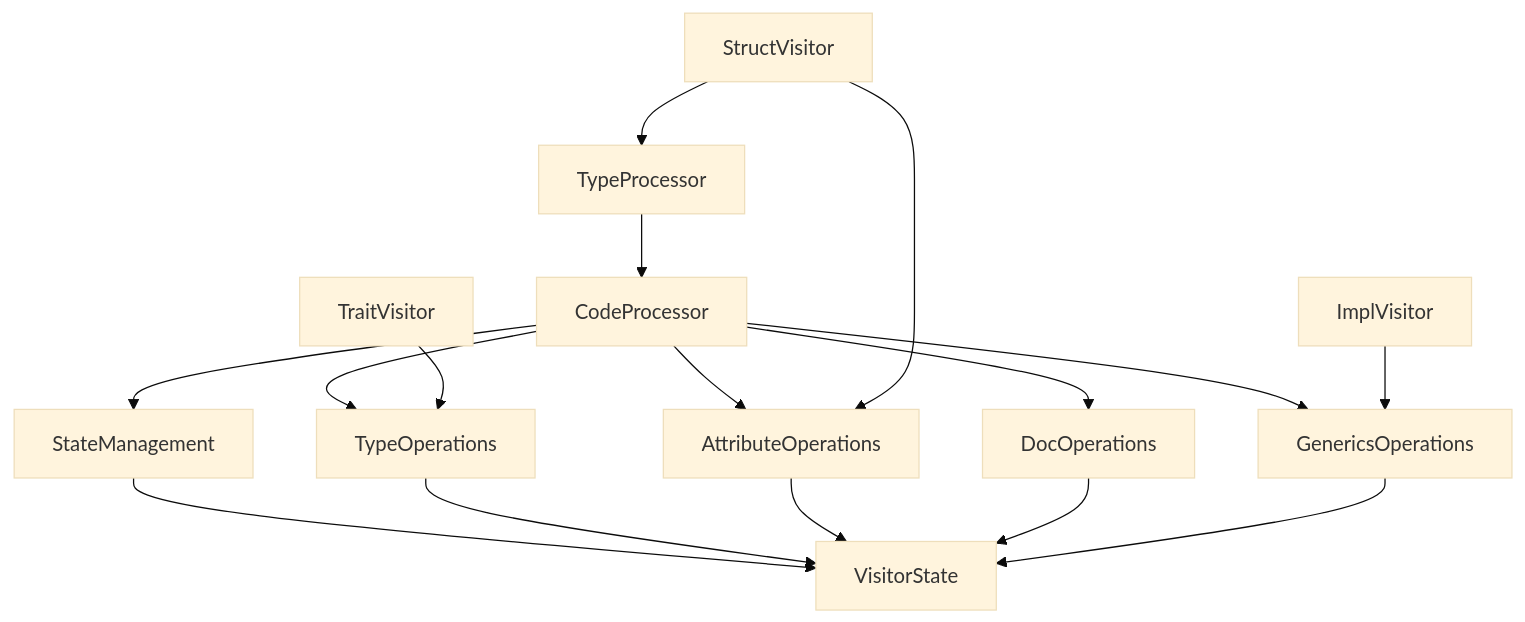
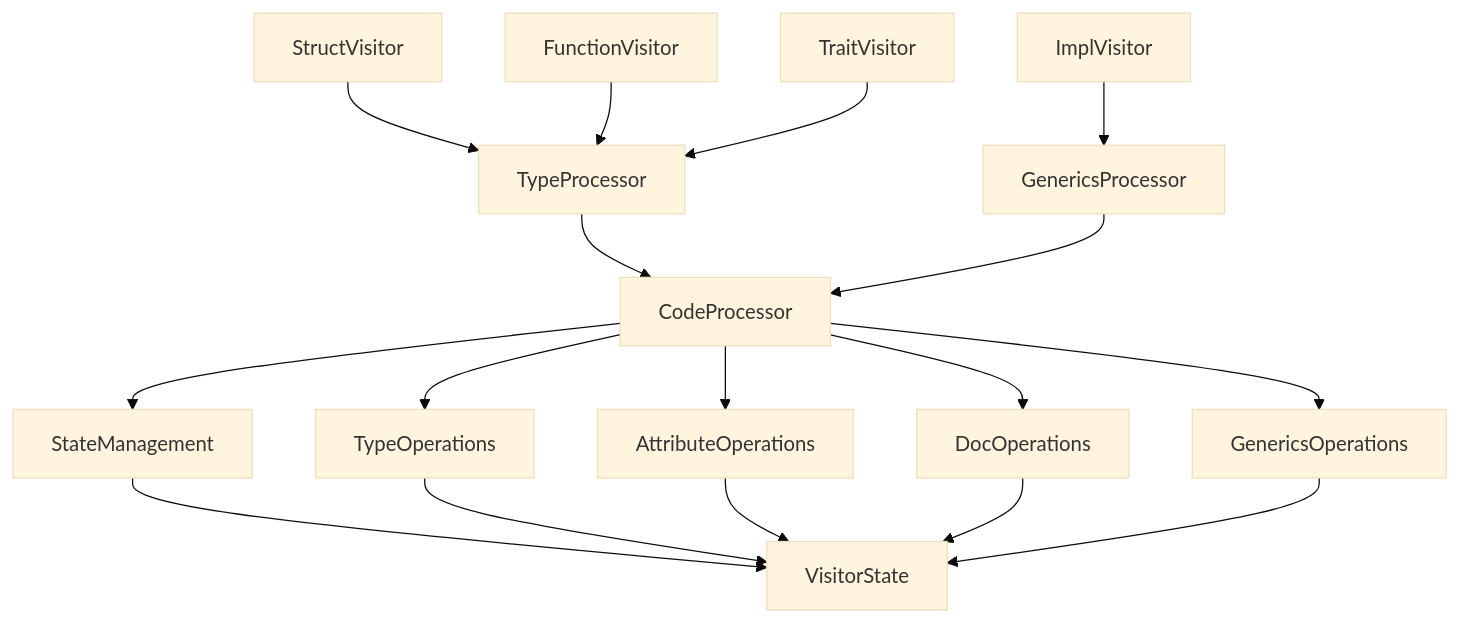
The first of 2 diagrams in book/src/Project_Structure/Visitor_Documentation.md (josephleblanc/syn_parser), drawn with Mermaid (base theme) before and after one commit. The commit also changed other lines of this file and 3 other files, not shown here.

Commit message:
refactor: Refactor generics processing and update visitor docs.

````diff
--- a/book/src/Project_Structure/Visitor_Documentation.md
+++ b/book/src/Project_Structure/Visitor_Documentation.md
@@ -5,20 +5,22 @@
 ```mermaid
 graph TD
     CodeProcessor[CodeProcessor] --> StateManagement
     CodeProcessor --> TypeOperations
     CodeProcessor --> AttributeOperations
     CodeProcessor --> DocOperations
     CodeProcessor --> GenericsOperations
     
     TypeProcessor --> CodeProcessor
+    GenericsProcessor --> CodeProcessor
+    
     StructVisitor --> TypeProcessor
-    StructVisitor --> AttributeOperations
-    ImplVisitor --> GenericsOperations
-    TraitVisitor --> TypeOperations
+    FunctionVisitor --> TypeProcessor
+    ImplVisitor --> GenericsProcessor
+    TraitVisitor --> TypeProcessor
     
     StateManagement[StateManagement] --> VisitorState
     TypeOperations[TypeOperations] --> VisitorState
     AttributeOperations[AttributeOperations] --> VisitorState
     DocOperations[DocOperations] --> VisitorState
     GenericsOperations[GenericsOperations] --> VisitorState
 ```
````
